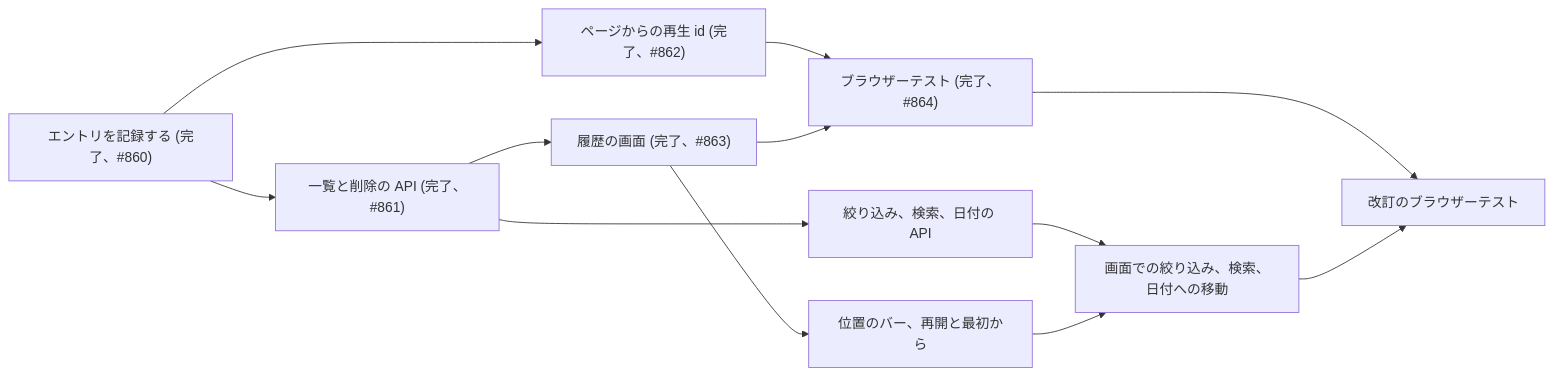
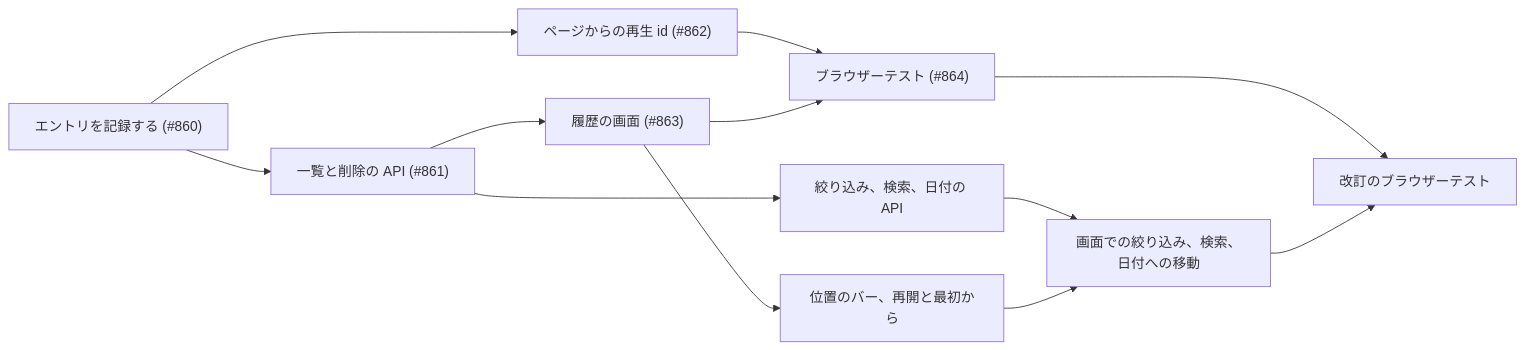
The third of 3 diagrams in translations/ja/specs/043-watch-history/plan.md (syudead/vv), drawn with Mermaid before and after one commit. The commit also changed other lines of this file and 2 other files, not shown here.

````diff
--- a/translations/ja/specs/043-watch-history/plan.md
+++ b/translations/ja/specs/043-watch-history/plan.md
@@ -136,14 +136,14 @@
 ```mermaid
 flowchart LR
-  record["エントリを記録する (完了、#860)"] --> api["一覧と削除の API (完了、#861)"]
-  record --> client["ページからの再生 id (完了、#862)"]
-  api --> screen["履歴の画面 (完了、#863)"]
-  client --> e2e["ブラウザーテスト (完了、#864)"]
+  record["エントリを記録する (#860)"] --> api["一覧と削除の API (#861)"]
+  record --> client["ページからの再生 id (#862)"]
+  api --> screen["履歴の画面 (#863)"]
+  client --> e2e["ブラウザーテスト (#864)"]
   screen --> e2e
   api --> conditions[絞り込み、検索、日付の API]
   screen --> position[位置のバー、再開と最初から]
   conditions --> controls[画面での絞り込み、検索、日付への移動]
   position --> controls
   e2e --> e2e2[改訂のブラウザーテスト]
   controls --> e2e2
 ```
````
